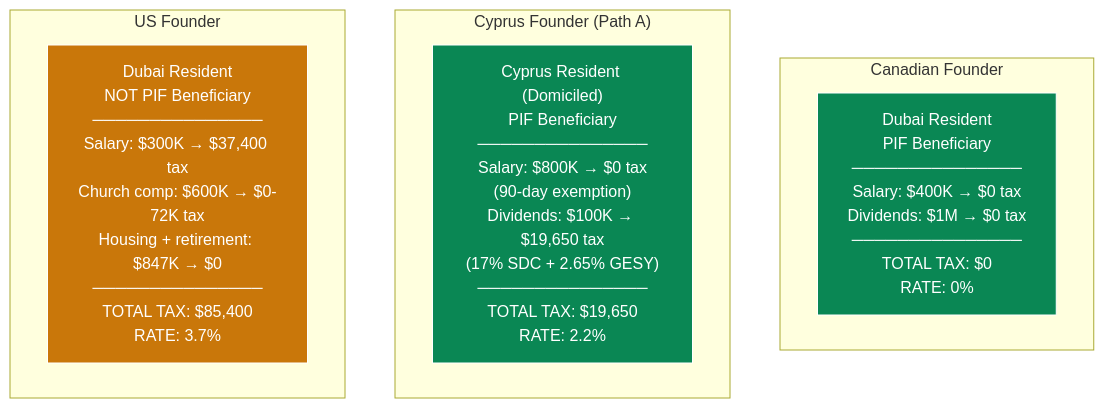
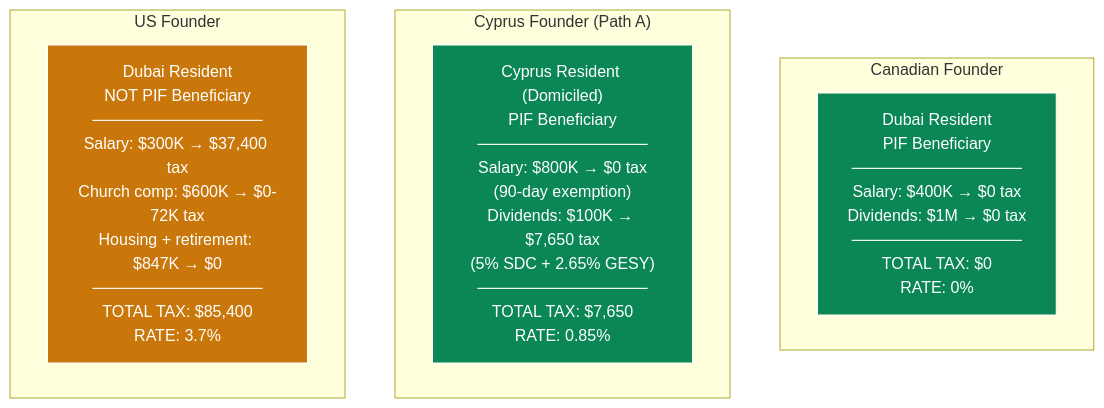
The fourth of 5 diagrams in docs/strategy/CYPRUS_FOUNDER_INTEGRATION.md (Light-Brands/epic-center), drawn with Mermaid before and after one commit. The commit also changed other lines of this file, not shown here.

First line of the commit message:
Update Cyprus strategy with enacted 2026 tax reform and crypto analysis

````diff
--- a/docs/strategy/CYPRUS_FOUNDER_INTEGRATION.md
+++ b/docs/strategy/CYPRUS_FOUNDER_INTEGRATION.md
@@ -294,18 +325,18 @@
 ```mermaid
 graph TB
     subgraph "Canadian Founder"
         CA["Dubai Resident<br/>PIF Beneficiary<br/>───────────────<br/>Salary: $400K → $0 tax<br/>Dividends: $1M → $0 tax<br/>───────────────<br/>TOTAL TAX: $0<br/>RATE: 0%"]
     end
 
     subgraph "Cyprus Founder (Path A)"
-        CY["Cyprus Resident (Domiciled)<br/>PIF Beneficiary<br/>───────────────<br/>Salary: $800K → $0 tax<br/>(90-day exemption)<br/>Dividends: $100K → $19,650 tax<br/>(17% SDC + 2.65% GESY)<br/>───────────────<br/>TOTAL TAX: $19,650<br/>RATE: 2.2%"]
+        CY["Cyprus Resident (Domiciled)<br/>PIF Beneficiary<br/>───────────────<br/>Salary: $800K → $0 tax<br/>(90-day exemption)<br/>Dividends: $100K → $7,650 tax<br/>(5% SDC + 2.65% GESY)<br/>───────────────<br/>TOTAL TAX: $7,650<br/>RATE: 0.85%"]
     end
 
     subgraph "US Founder"
         US["Dubai Resident<br/>NOT PIF Beneficiary<br/>───────────────<br/>Salary: $300K → $37,400 tax<br/>Church comp: $600K → $0-72K tax<br/>Housing + retirement: $847K → $0<br/>───────────────<br/>TOTAL TAX: $85,400<br/>RATE: 3.7%"]
     end
 
     style CA fill:#0a8754,stroke:#fff,color:#fff
     style CY fill:#0a8754,stroke:#fff,color:#fff
     style US fill:#c9770a,stroke:#fff,color:#fff
 ```
````
